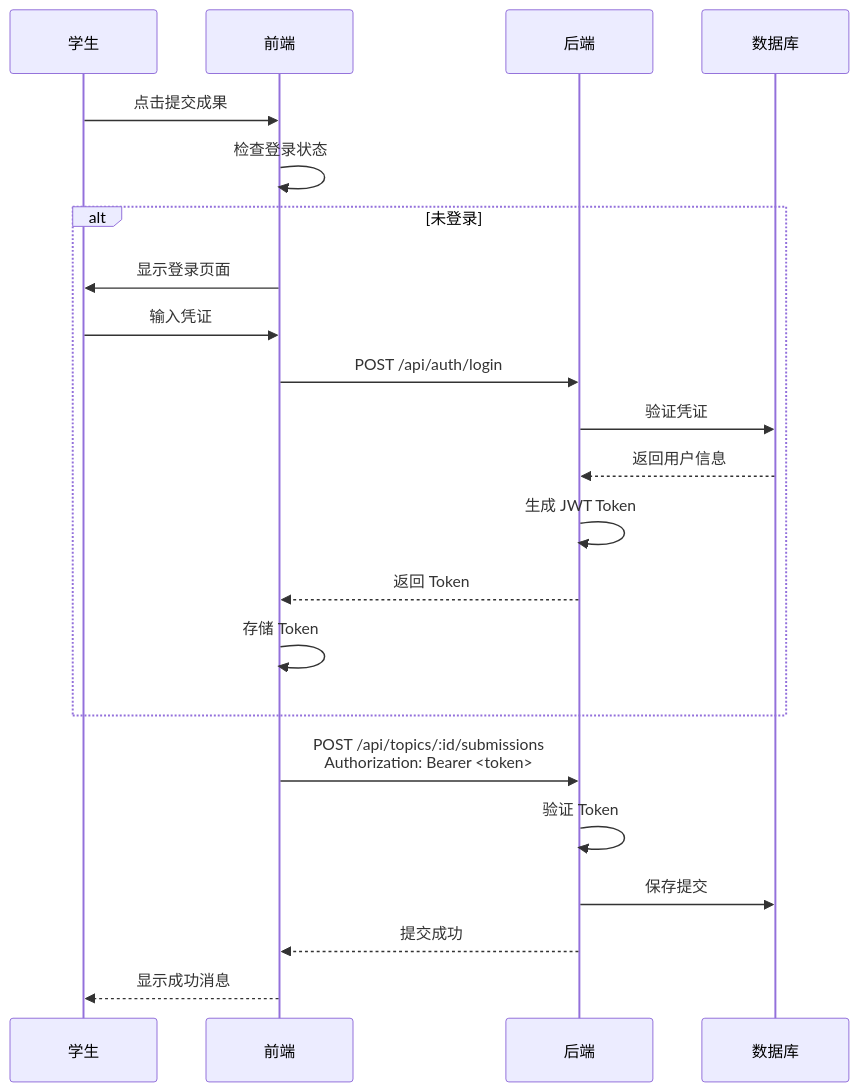
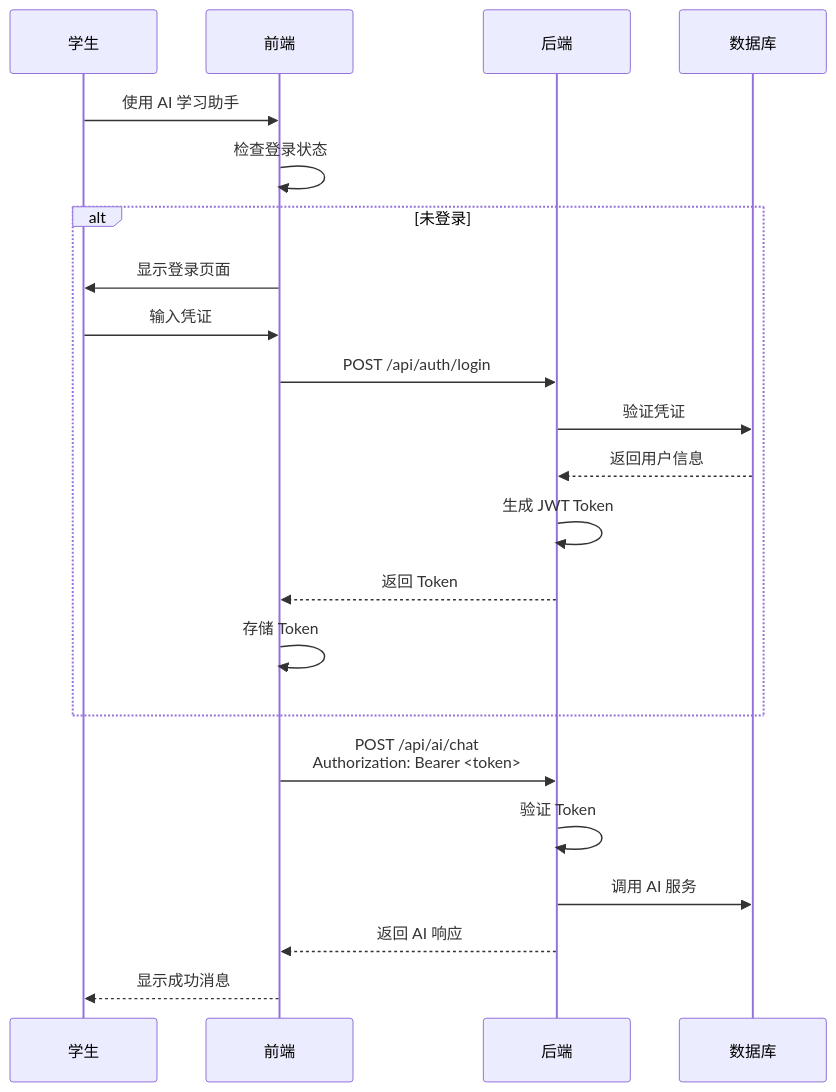
The third of 3 diagrams in docs/spec/architecture.md (a48zhang/web-learn), drawn with Mermaid before and after one commit. The commit also changed 3 other files, not shown here.

````diff
--- a/docs/spec/architecture.md
+++ b/docs/spec/architecture.md
@@ -137,25 +137,25 @@
 ```mermaid
 sequenceDiagram
     participant 学生
     participant 前端
     participant 后端
     participant 数据库
 
-    学生->>前端: 点击提交成果
+    学生->>前端: 使用 AI 学习助手
     前端->>前端: 检查登录状态
     alt 未登录
         前端->>学生: 显示登录页面
         学生->>前端: 输入凭证
         前端->>后端: POST /api/auth/login
         后端->>数据库: 验证凭证
         数据库-->>后端: 返回用户信息
         后端->>后端: 生成 JWT Token
         后端-->>前端: 返回 Token
         前端->>前端: 存储 Token
     end
-    前端->>后端: POST /api/topics/:id/submissions<br/>Authorization: Bearer <token>
+    前端->>后端: POST /api/ai/chat<br/>Authorization: Bearer <token>
     后端->>后端: 验证 Token
-    后端->>数据库: 保存提交
-    后端-->>前端: 提交成功
+    后端->>数据库: 调用 AI 服务
+    后端-->>前端: 返回 AI 响应
     前端-->>学生: 显示成功消息
 ```
````
